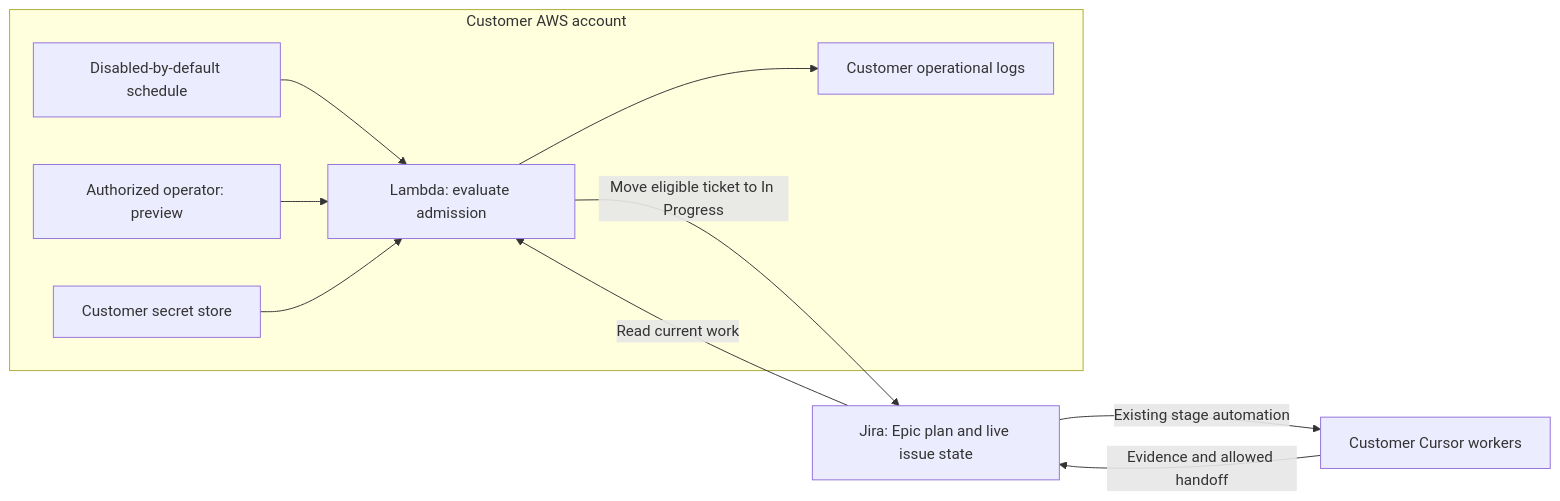
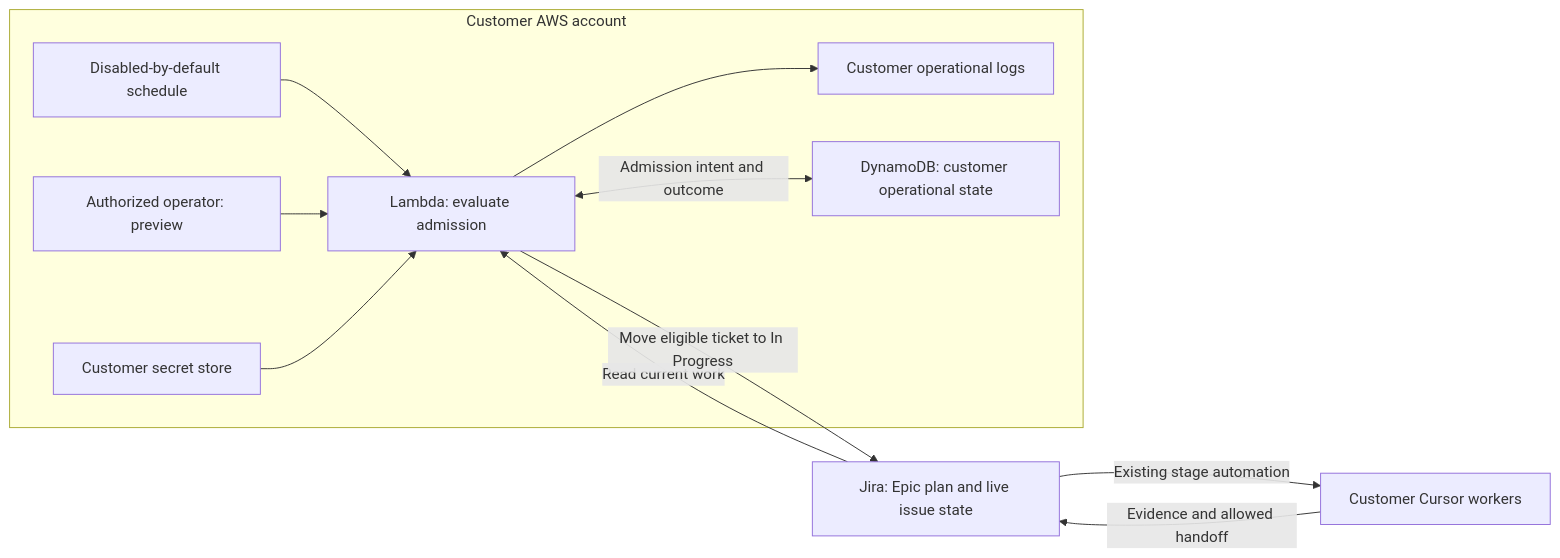
One commit to danielchappell/Pigboard changed the diagram in docs/architecture/manager-release-one.md. Above: the diagram before and after it, drawn with Mermaid. The commit also changed other lines of this file and 5 other files, not shown here.

````diff
--- a/docs/architecture/manager-release-one.md
+++ b/docs/architecture/manager-release-one.md
@@ -33,13 +33,14 @@
 ```mermaid
 flowchart LR
   subgraph AWS[Customer AWS account]
     S[Disabled-by-default schedule] --> L[Lambda: evaluate admission]
     O[Authorized operator: preview] --> L
     K[Customer secret store] --> L
     L --> G[Customer operational logs]
+    L <-->|Admission intent and outcome| D[DynamoDB: customer operational state]
   end
   J[Jira: Epic plan and live issue state] -->|Read current work| L
   L -->|Move eligible ticket to In Progress| J
   J -->|Existing stage automation| C[Customer Cursor workers]
   C -->|Evidence and allowed handoff| J
 ```
````
